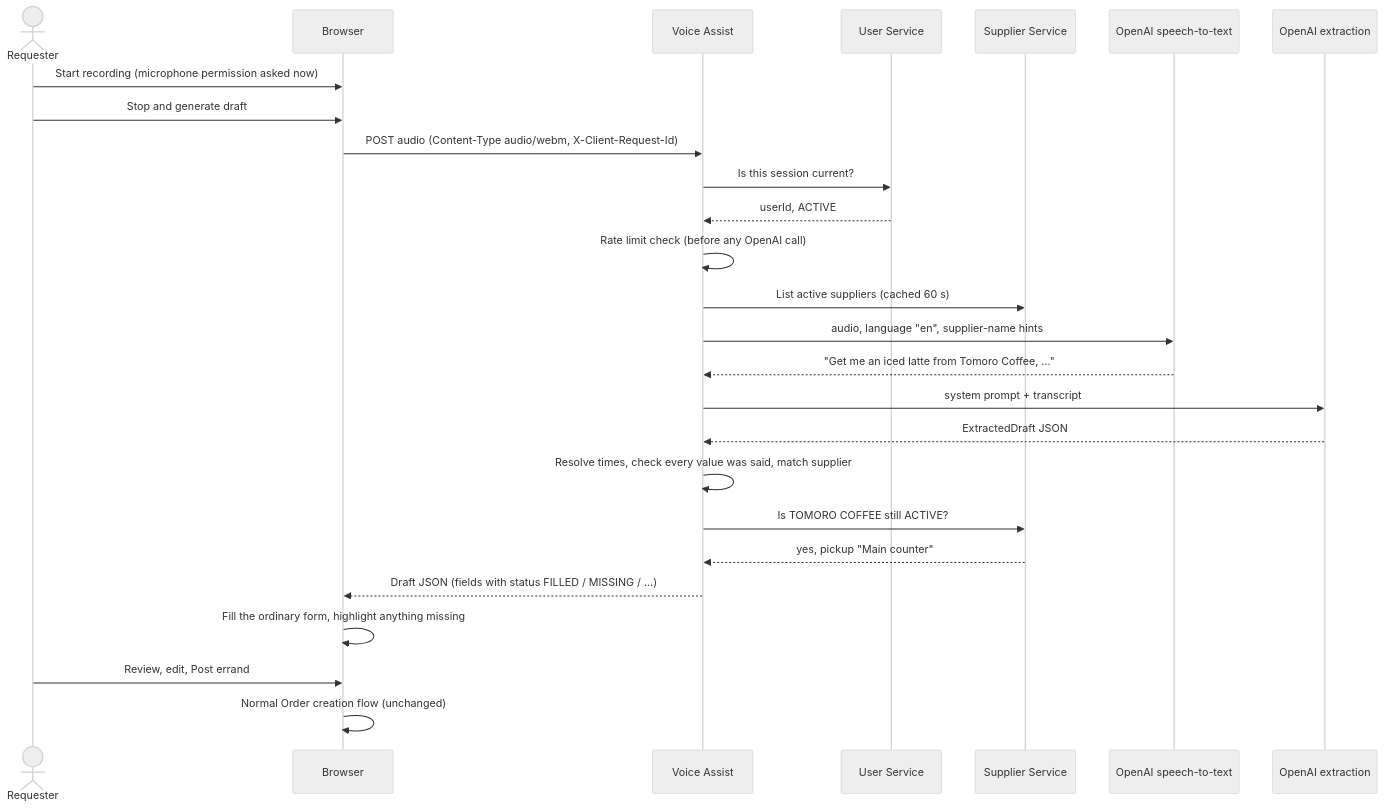
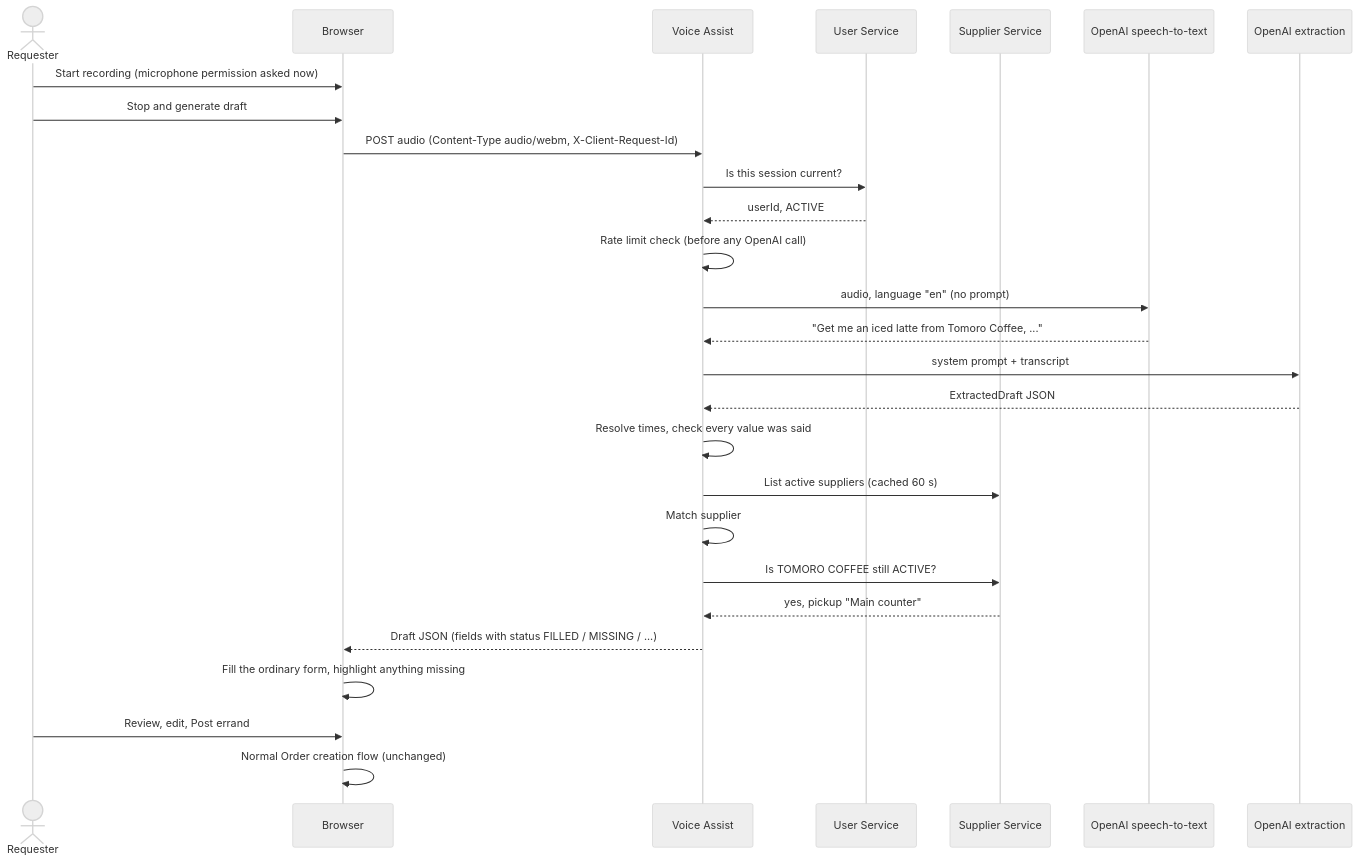
Before and after one commit to AY2627S1-CS3219-P6/foc: the second of 4 diagrams in voice-assist-service/IMPLEMENTATION.md, drawn with Mermaid (neutral theme). The commit also changed other lines of this file, not shown here.

````diff
--- a/voice-assist-service/IMPLEMENTATION.md
+++ b/voice-assist-service/IMPLEMENTATION.md
@@ -93,29 +93,30 @@
 ```mermaid
 sequenceDiagram
     actor R as Requester
     participant B as Browser
     participant V as Voice Assist
     participant U as User Service
     participant S as Supplier Service
     participant T as OpenAI speech-to-text
     participant X as OpenAI extraction
 
     R->>B: Start recording (microphone permission asked now)
     R->>B: Stop and generate draft
     B->>V: POST audio (Content-Type audio/webm, X-Client-Request-Id)
     V->>U: Is this session current?
     U-->>V: userId, ACTIVE
     V->>V: Rate limit check (before any OpenAI call)
-    V->>S: List active suppliers (cached 60 s)
-    V->>T: audio, language "en", supplier-name hints
+    V->>T: audio, language "en" (no prompt)
     T-->>V: "Get me an iced latte from Tomoro Coffee, ..."
     V->>X: system prompt + transcript
     X-->>V: ExtractedDraft JSON
-    V->>V: Resolve times, check every value was said, match supplier
+    V->>V: Resolve times, check every value was said
+    V->>S: List active suppliers (cached 60 s)
+    V->>V: Match supplier
     V->>S: Is TOMORO COFFEE still ACTIVE?
     S-->>V: yes, pickup "Main counter"
     V-->>B: Draft JSON (fields with status FILLED / MISSING / ...)
     B->>B: Fill the ordinary form, highlight anything missing
     R->>B: Review, edit, Post errand
     B->>B: Normal Order creation flow (unchanged)
 ```
````
